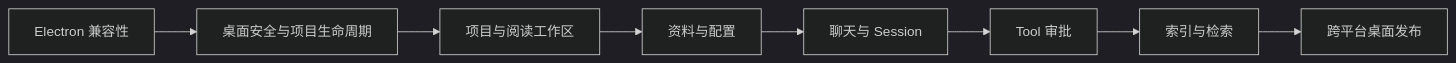
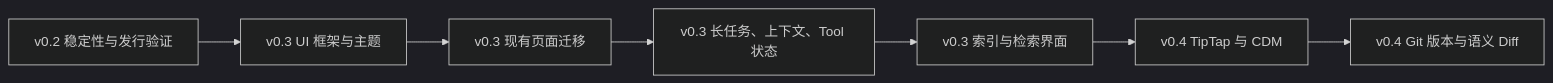
One commit to Mengman/CleoDoc changed the diagram in docs/DEVELOPMENT_PLAN.md. Above: the diagram before and after it, drawn with Mermaid (dark theme). The commit also changed other lines of this file and 2 other files, not shown here.

Commit message:
调整版本规划： v0.2 进行收尾 v0.3 改为 UI 框架接入和功能完善 v0.4 进行 编辑器与 Git 版本控制开发

````diff
--- a/docs/DEVELOPMENT_PLAN.md
+++ b/docs/DEVELOPMENT_PLAN.md
@@ -311,10 +207,9 @@
 ```mermaid
 flowchart LR
-    A["Electron 兼容性"] --> B["桌面安全与项目生命周期"]
-    B --> C["项目与阅读工作区"]
-    C --> D["资料与配置"]
-    D --> E["聊天与 Session"]
-    E --> F["Tool 审批"]
-    F --> G["索引与检索"]
-    G --> H["跨平台桌面发布"]
+    A["v0.2 稳定性与发行验证"] --> B["v0.3 UI 框架与主题"]
+    B --> C["v0.3 现有页面迁移"]
+    C --> D["v0.3 长任务、上下文、Tool 状态"]
+    D --> E["v0.3 索引与检索界面"]
+    E --> F["v0.4 TipTap 与 CDM"]
+    F --> G["v0.4 Git 版本与语义 Diff"]
 ```
````
